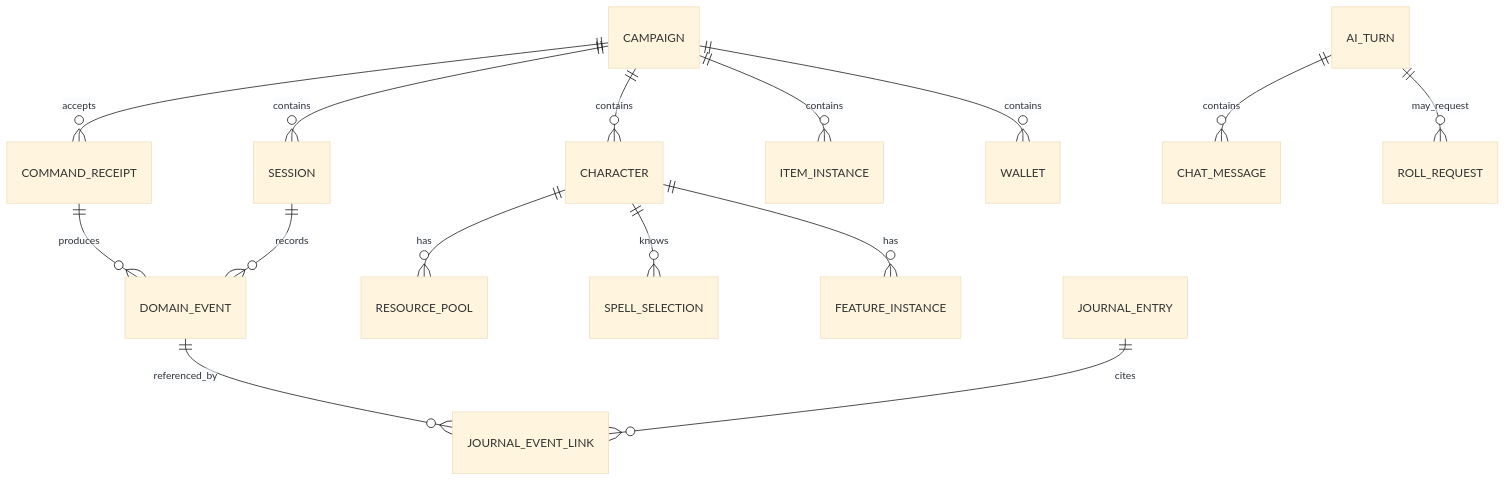
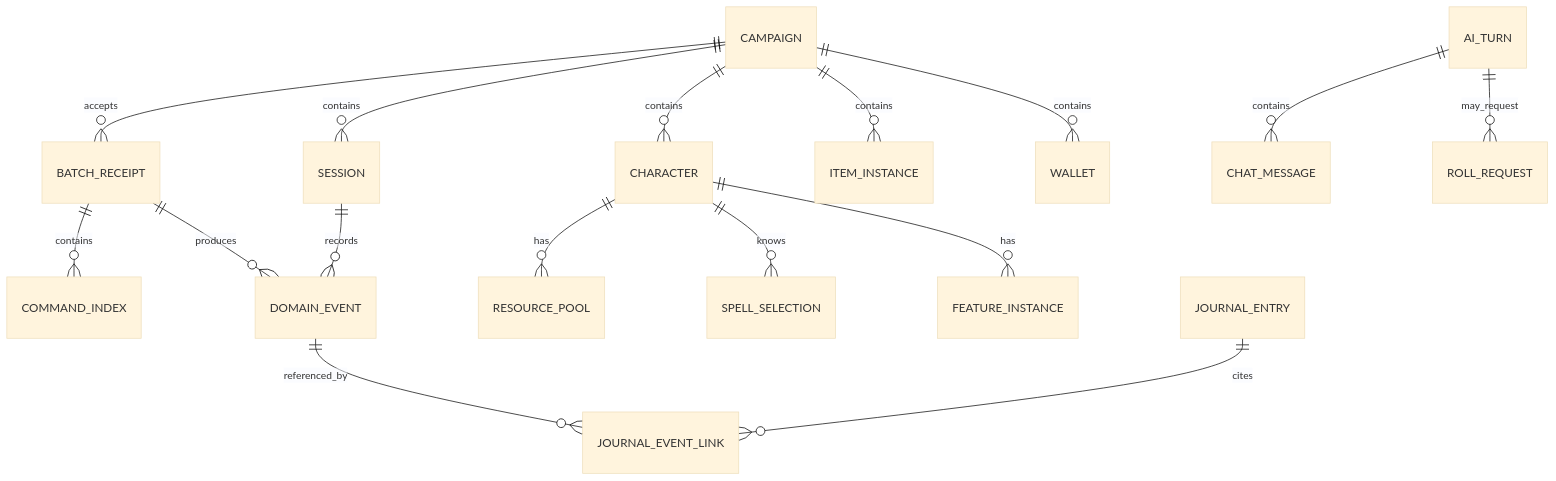
One commit to fluxara-del/campaign-companion changed the third of 4 diagrams in docs/planning/02-specifikacija.md. Above: the diagram before and after it, drawn with Mermaid (base theme). The commit also changed other lines of this file and 18 other files, not shown here.

````diff
--- a/docs/planning/02-specifikacija.md
+++ b/docs/planning/02-specifikacija.md
@@ -134,17 +135,18 @@
 ```mermaid
 erDiagram
     CAMPAIGN ||--o{ CHARACTER : contains
     CAMPAIGN ||--o{ SESSION : contains
-    CAMPAIGN ||--o{ COMMAND_RECEIPT : accepts
-    COMMAND_RECEIPT ||--o{ DOMAIN_EVENT : produces
+    CAMPAIGN ||--o{ BATCH_RECEIPT : accepts
+    BATCH_RECEIPT ||--o{ COMMAND_INDEX : contains
+    BATCH_RECEIPT ||--o{ DOMAIN_EVENT : produces
     SESSION ||--o{ DOMAIN_EVENT : records
     CHARACTER ||--o{ RESOURCE_POOL : has
     CHARACTER ||--o{ SPELL_SELECTION : knows
     CHARACTER ||--o{ FEATURE_INSTANCE : has
     CAMPAIGN ||--o{ ITEM_INSTANCE : contains
     CAMPAIGN ||--o{ WALLET : contains
     DOMAIN_EVENT ||--o{ JOURNAL_EVENT_LINK : referenced_by
     JOURNAL_ENTRY ||--o{ JOURNAL_EVENT_LINK : cites
     AI_TURN ||--o{ CHAT_MESSAGE : contains
     AI_TURN ||--o{ ROLL_REQUEST : may_request
 ```
````
